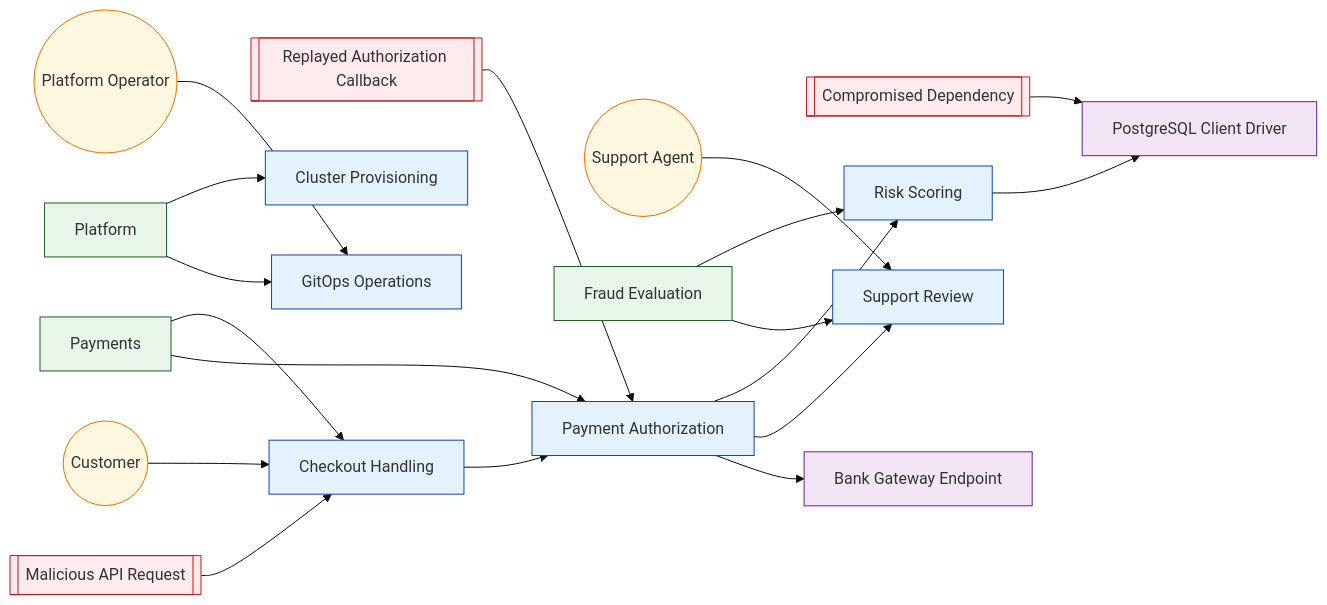
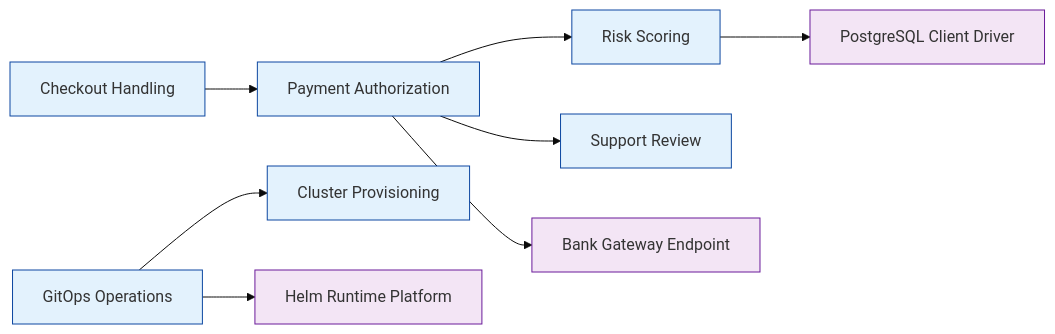
Before and after one commit to labeth/engineering-model-go: the diagram in examples/payments-engineering-sample/generated/VIEW-TRACEABILITY.mmd, drawn with Mermaid (base theme). The commit also changed 48 other files, not shown here.

Commit message:
added flow view

```diff
--- a/examples/payments-engineering-sample/generated/VIEW-TRACEABILITY.mmd
+++ b/examples/payments-engineering-sample/generated/VIEW-TRACEABILITY.mmd
@@ -1,42 +1,33 @@
 flowchart LR
 %% view: VIEW-TRACEABILITY (traceability)
-N_ACT_CUSTOMER(("Customer")):::actor
-N_ACT_PLATFORM_OPERATOR(("Platform Operator")):::actor
-N_ACT_SUPPORT(("Support Agent")):::actor
-N_AV_COMPROMISED_DEPENDENCY[["Compromised Dependency"]]:::attack_vector
-N_AV_MALICIOUS_API_REQUEST[["Malicious API Request"]]:::attack_vector
-N_AV_REPLAYED_AUTH_CALLBACK[["Replayed Authorization Callback"]]:::attack_vector
-N_FG_FRAUD["Fraud Evaluation"]:::functional_group
-N_FG_PAYMENTS["Payments"]:::functional_group
-N_FG_PLATFORM["Platform"]:::functional_group
 N_FU_CHECKOUT["Checkout Handling"]:::functional_unit
 N_FU_CLUSTER_PROVISIONING["Cluster Provisioning"]:::functional_unit
 N_FU_GITOPS_OPERATIONS["GitOps Operations"]:::functional_unit
 N_FU_PAYMENT_AUTHORIZATION["Payment Authorization"]:::functional_unit
 N_FU_RISK_SCORING["Risk Scoring"]:::functional_unit
 N_FU_SUPPORT_REVIEW["Support Review"]:::functional_unit
 N_REF_BANK_GATEWAY_ENDPOINT["Bank Gateway Endpoint"]:::referenced_element
+N_REF_HELM_PLATFORM["Helm Runtime Platform"]:::referenced_element
 N_REF_POSTGRES_DRIVER["PostgreSQL Client Driver"]:::referenced_element
-N_ACT_CUSTOMER --> N_FU_CHECKOUT
-N_ACT_PLATFORM_OPERATOR --> N_FU_GITOPS_OPERATIONS
-N_ACT_SUPPORT --> N_FU_SUPPORT_REVIEW
-N_AV_COMPROMISED_DEPENDENCY --> N_REF_POSTGRES_DRIVER
-N_AV_MALICIOUS_API_REQUEST --> N_FU_CHECKOUT
-N_AV_REPLAYED_AUTH_CALLBACK --> N_FU_PAYMENT_AUTHORIZATION
-N_FG_FRAUD --> N_FU_RISK_SCORING
-N_FG_FRAUD --> N_FU_SUPPORT_REVIEW
-N_FG_PAYMENTS --> N_FU_CHECKOUT
-N_FG_PAYMENTS --> N_FU_PAYMENT_AUTHORIZATION
-N_FG_PLATFORM --> N_FU_CLUSTER_PROVISIONING
-N_FG_PLATFORM --> N_FU_GITOPS_OPERATIONS
 N_FU_CHECKOUT --> N_FU_PAYMENT_AUTHORIZATION
+N_FU_GITOPS_OPERATIONS --> N_FU_CLUSTER_PROVISIONING
+N_FU_GITOPS_OPERATIONS --> N_REF_HELM_PLATFORM
 N_FU_PAYMENT_AUTHORIZATION --> N_FU_RISK_SCORING
 N_FU_PAYMENT_AUTHORIZATION --> N_FU_SUPPORT_REVIEW
 N_FU_PAYMENT_AUTHORIZATION --> N_REF_BANK_GATEWAY_ENDPOINT
 N_FU_RISK_SCORING --> N_REF_POSTGRES_DRIVER
 classDef functional_group fill:#e8f5e9,stroke:#1b5e20,stroke-width:1px;
 classDef functional_unit fill:#e3f2fd,stroke:#0d47a1,stroke-width:1px;
 classDef actor fill:#fff8e1,stroke:#ef6c00,stroke-width:1px;
 classDef attack_vector fill:#ffebee,stroke:#b71c1c,stroke-width:1px;
 classDef referenced_element fill:#f3e5f5,stroke:#6a1b9a,stroke-width:1px;
+classDef interface fill:#e8f5e9,stroke:#2e7d32,stroke-width:1px;
+classDef data_object fill:#fff3e0,stroke:#ef6c00,stroke-width:1px;
+classDef deployment_target fill:#ede7f6,stroke:#5e35b1,stroke-width:1px;
+classDef control fill:#fce4ec,stroke:#ad1457,stroke-width:1px;
+classDef trust_boundary fill:#e0f7fa,stroke:#006064,stroke-width:1px;
+classDef state fill:#e1f5fe,stroke:#0277bd,stroke-width:1px;
+classDef event fill:#fffde7,stroke:#f9a825,stroke-width:1px;
+classDef flow fill:#ede7f6,stroke:#4527a0,stroke-width:1px;
+classDef flow_step fill:#f1f8e9,stroke:#33691e,stroke-width:1px;
 classDef unknown fill:#ffffff,stroke:#adb5bd,stroke-width:1px;
```
